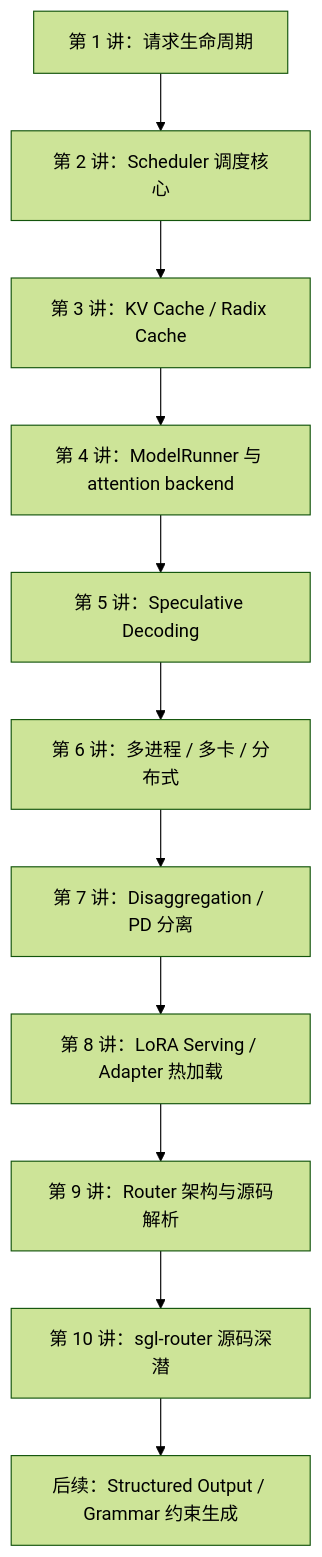
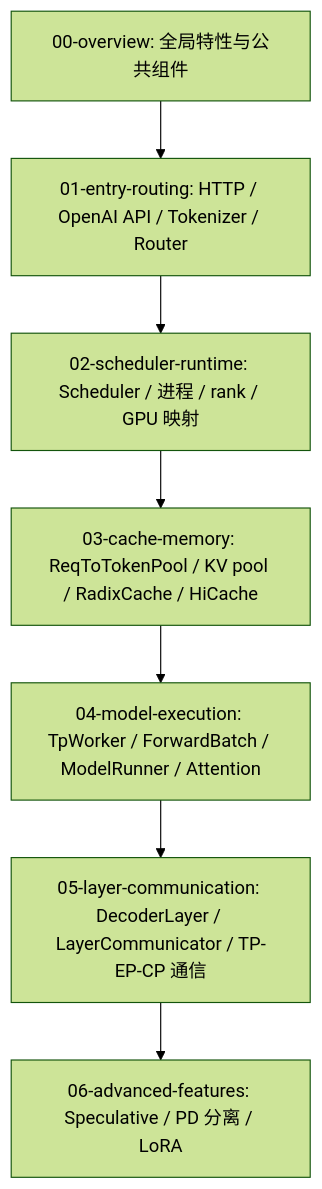
Before and after one commit to cl-vv-h/SGLang_Tutor: the diagram in learning/sglang-source-reading/README.md, drawn with Mermaid (forest theme). The commit also changed other lines of this file and 15 other files, not shown here.

````diff
--- a/learning/sglang-source-reading/README.md
+++ b/learning/sglang-source-reading/README.md
@@ -7,13 +7,9 @@
 ```mermaid
 flowchart TD
-  A["第 1 讲：请求生命周期"] --> B["第 2 讲：Scheduler 调度核心"]
-  B --> C["第 3 讲：KV Cache / Radix Cache"]
-  C --> D["第 4 讲：ModelRunner 与 attention backend"]
-  D --> E["第 5 讲：Speculative Decoding"]
-  E --> F["第 6 讲：多进程 / 多卡 / 分布式"]
-  F --> G["第 7 讲：Disaggregation / PD 分离"]
-  G --> H["第 8 讲：LoRA Serving / Adapter 热加载"]
-  H --> I["第 9 讲：Router 架构与源码解析"]
-  I --> J["第 10 讲：sgl-router 源码深潜"]
-  J --> K["后续：Structured Output / Grammar 约束生成"]
+  A["00-overview: 全局特性与公共组件"] --> B["01-entry-routing: HTTP / OpenAI API / Tokenizer / Router"]
+  B --> C["02-scheduler-runtime: Scheduler / 进程 / rank / GPU 映射"]
+  C --> D["03-cache-memory: ReqToTokenPool / KV pool / RadixCache / HiCache"]
+  D --> E["04-model-execution: TpWorker / ForwardBatch / ModelRunner / Attention"]
+  E --> F["05-layer-communication: DecoderLayer / LayerCommunicator / TP-EP-CP 通信"]
+  F --> G["06-advanced-features: Speculative / PD 分离 / LoRA"]
 ```
````
